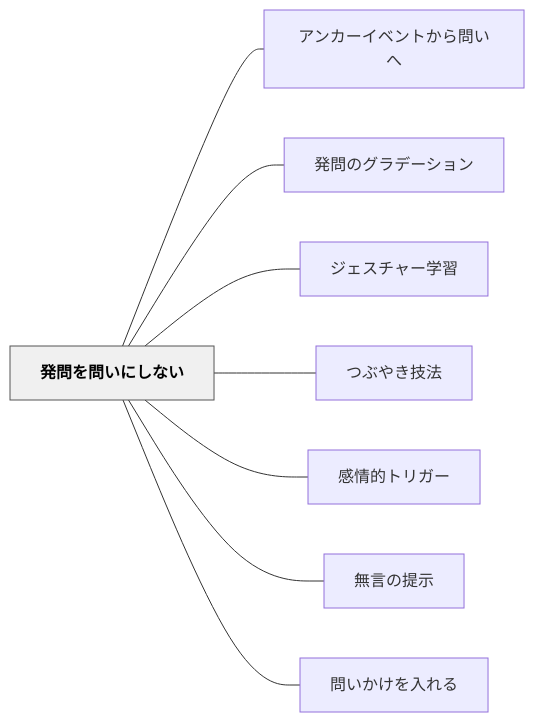
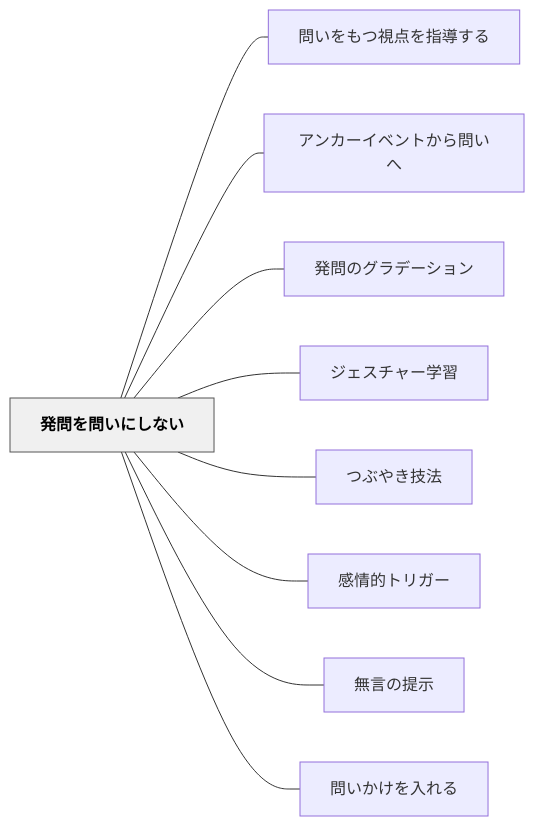
The diagram in content/パタン/発問を問いにしない.md (unknownthings-ed-patterns/unknownthings-ed-patterns), drawn with Mermaid before and after one commit. The commit also changed other lines of this file and 11 other files, not shown here.

````diff
--- a/content/パタン/発問を問いにしない.md
+++ b/content/パタン/発問を問いにしない.md
@@ -82,22 +83,24 @@
 ```mermaid
 flowchart LR
     ne799bae5958fe38292e5958fe38184e381abe38197e381aae38184["発問を問いにしない"]
+    ne5958fe38184e38292e38282e381a4e8a696e782b9e38292e68c87e5b08ee38199e3828b["問いをもつ視点を指導する"]
     ne382a2e383b3e382abe383bce382a4e38399e383b3e38388e3818be38289e5958fe38184e381b8["アンカーイベントから問いへ"]
     ne799bae5958fe381aee382b0e383a9e38387e383bce382b7e383a7e383b3["発問のグラデーション"]
     ne382b8e382a7e382b9e38381e383a3e383bce5ada6e7bf92["ジェスチャー学習"]
     ne381a4e381b6e38284e3818de68a80e6b395["つぶやき技法"]
     ne6849fe68385e79a84e38388e383aae382ace383bc["感情的トリガー"]
     ne784a1e8a880e381aee68f90e7a4ba["無言の提示"]
     ne5958fe38184e3818be38191e38292e585a5e3828ce3828b["問いかけを入れる"]
 
+    ne799bae5958fe38292e5958fe38184e381abe38197e381aae38184 --- ne5958fe38184e38292e38282e381a4e8a696e782b9e38292e68c87e5b08ee38199e3828b
     ne799bae5958fe38292e5958fe38184e381abe38197e381aae38184 --- ne382a2e383b3e382abe383bce382a4e38399e383b3e38388e3818be38289e5958fe38184e381b8
     ne799bae5958fe38292e5958fe38184e381abe38197e381aae38184 --- ne799bae5958fe381aee382b0e383a9e38387e383bce382b7e383a7e383b3
     ne799bae5958fe38292e5958fe38184e381abe38197e381aae38184 --- ne382b8e382a7e382b9e38381e383a3e383bce5ada6e7bf92
     ne799bae5958fe38292e5958fe38184e381abe38197e381aae38184 --- ne381a4e381b6e38284e3818de68a80e6b395
     ne799bae5958fe38292e5958fe38184e381abe38197e381aae38184 --- ne6849fe68385e79a84e38388e383aae382ace383bc
     ne799bae5958fe38292e5958fe38184e381abe38197e381aae38184 --- ne784a1e8a880e381aee68f90e7a4ba
     ne799bae5958fe38292e5958fe38184e381abe38197e381aae38184 --- ne5958fe38184e3818be38191e38292e585a5e3828ce3828b
 
     classDef hub fill:#f0f0f0,stroke:#555,color:#000,font-weight:bold
     class ne799bae5958fe38292e5958fe38184e381abe38197e381aae38184 hub
 ```
````
